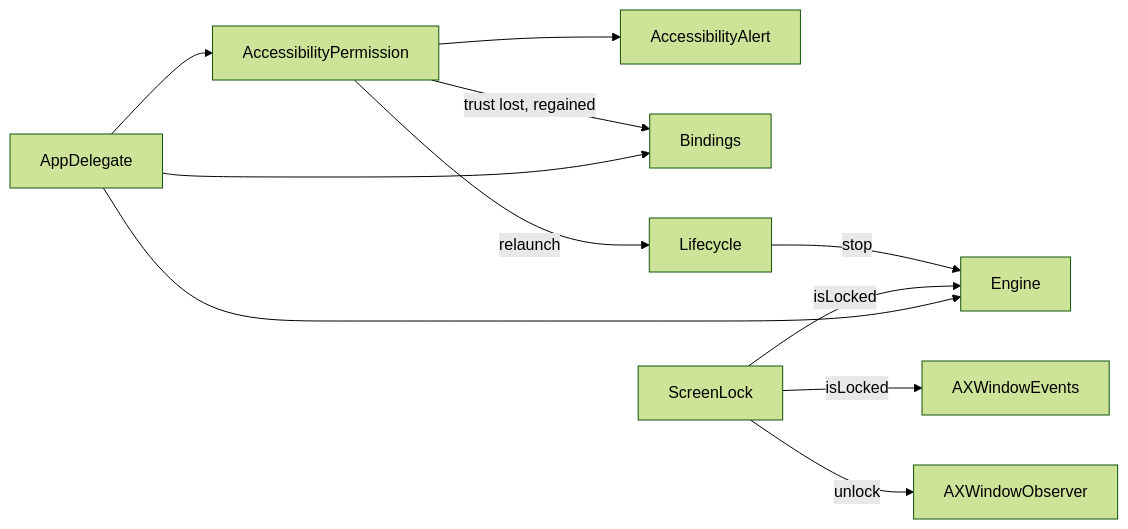
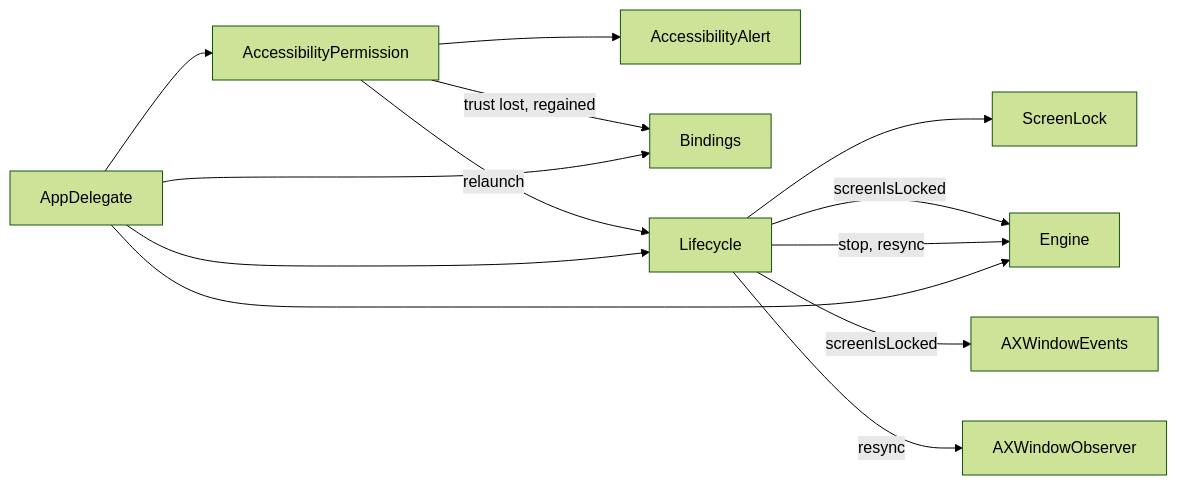
One commit to brennovich/ottowm changed the sixth of 18 diagrams in ARCHITECTURE.md. Above: the diagram before and after it, drawn with Mermaid (forest theme). The commit also changed other lines of this file and 3 other files, not shown here.

Commit message:
Move screeLock to lifecycle

````diff
--- a/ARCHITECTURE.md
+++ b/ARCHITECTURE.md
@@ -153,13 +153,15 @@
 ```mermaid
 flowchart LR
     AppDelegate --> AccessibilityPermission
     AccessibilityPermission --> AccessibilityAlert
     AppDelegate --> Engine
     AppDelegate --> Bindings
     AccessibilityPermission -->|trust lost, regained| Bindings
-    ScreenLock -->|isLocked| Engine
-    ScreenLock -->|isLocked| AXWindowEvents
-    ScreenLock -->|unlock| AXWindowObserver
-    Lifecycle -->|stop| Engine
+    AppDelegate --> Lifecycle
+    Lifecycle --> ScreenLock
+    Lifecycle -->|stop, resync| Engine
+    Lifecycle -->|screenIsLocked| Engine
+    Lifecycle -->|screenIsLocked| AXWindowEvents
+    Lifecycle -->|resync| AXWindowObserver
     AccessibilityPermission -->|relaunch| Lifecycle
 ```
````
